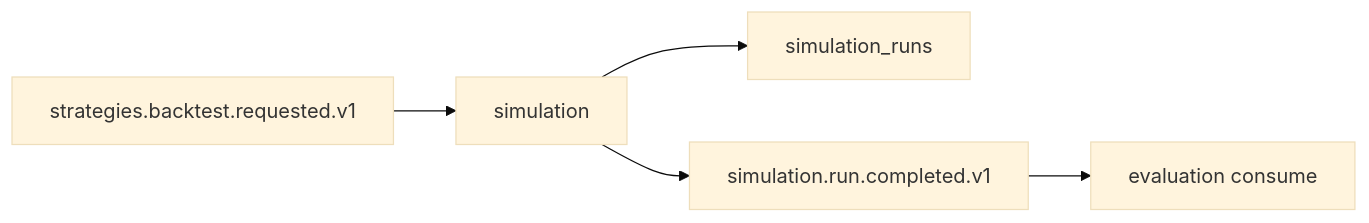
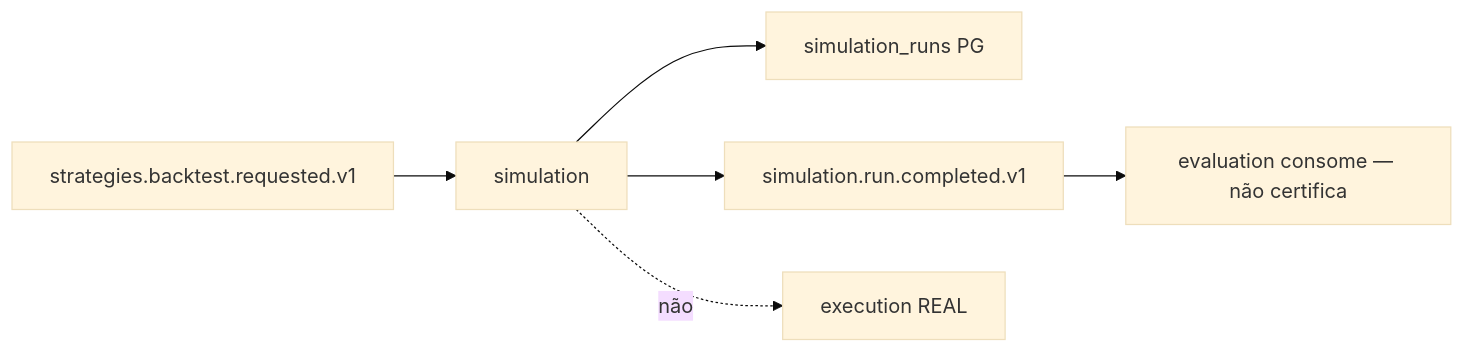
Before and after one commit to jcafeitosa/anxionOS: the diagram in docs/orchestration/modules/simulation/R01-context.md, drawn with Mermaid (base theme). The commit also changed other lines of this file, not shown here.

Commit message:
Auto-save: Updated docs/orchestration/modules/simulation/R01-context.md

````diff
--- a/docs/orchestration/modules/simulation/R01-context.md
+++ b/docs/orchestration/modules/simulation/R01-context.md
@@ -51,7 +98,8 @@
 ```mermaid
 flowchart LR
   bt[strategies.backtest.requested.v1] --> sim[simulation]
-  sim --> pg[simulation_runs]
+  sim --> pg[simulation_runs PG]
   sim --> ev[simulation.run.completed.v1]
-  ev --> evl[evaluation consume]
+  ev --> evl[evaluation consome — não certifica]
+  sim -.->|não| ex[execution REAL]
 ```
````
